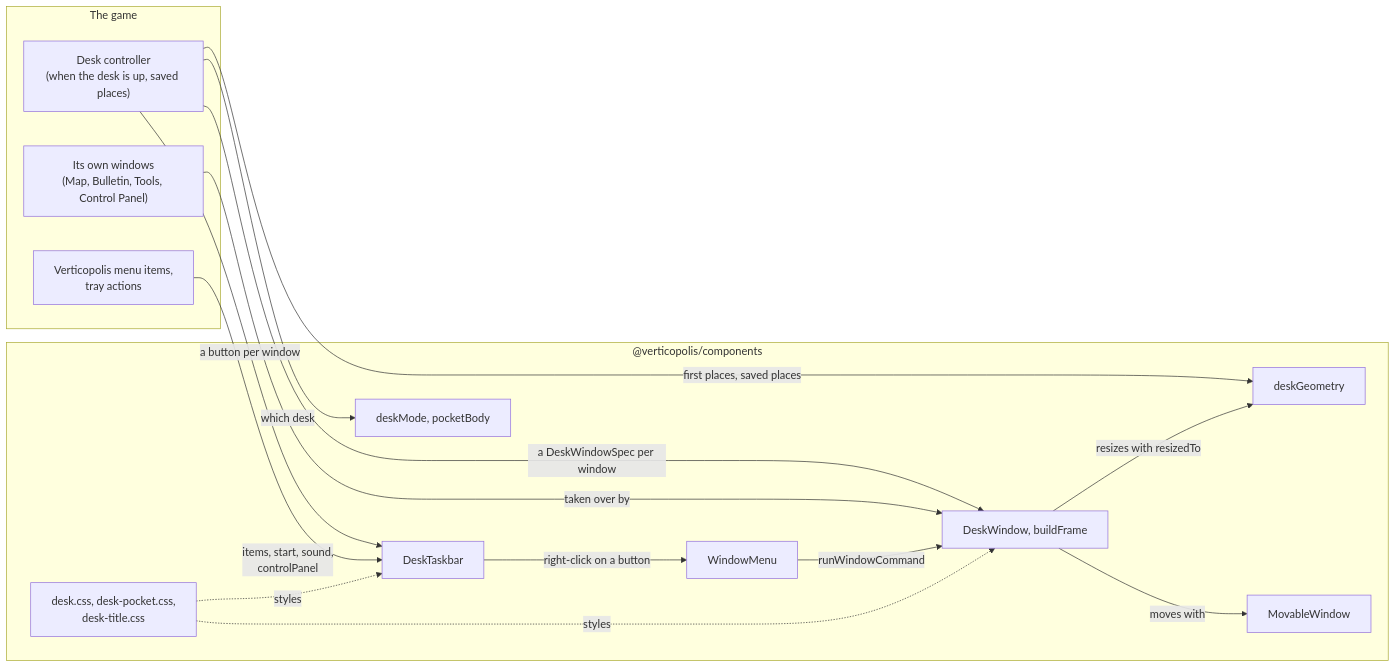
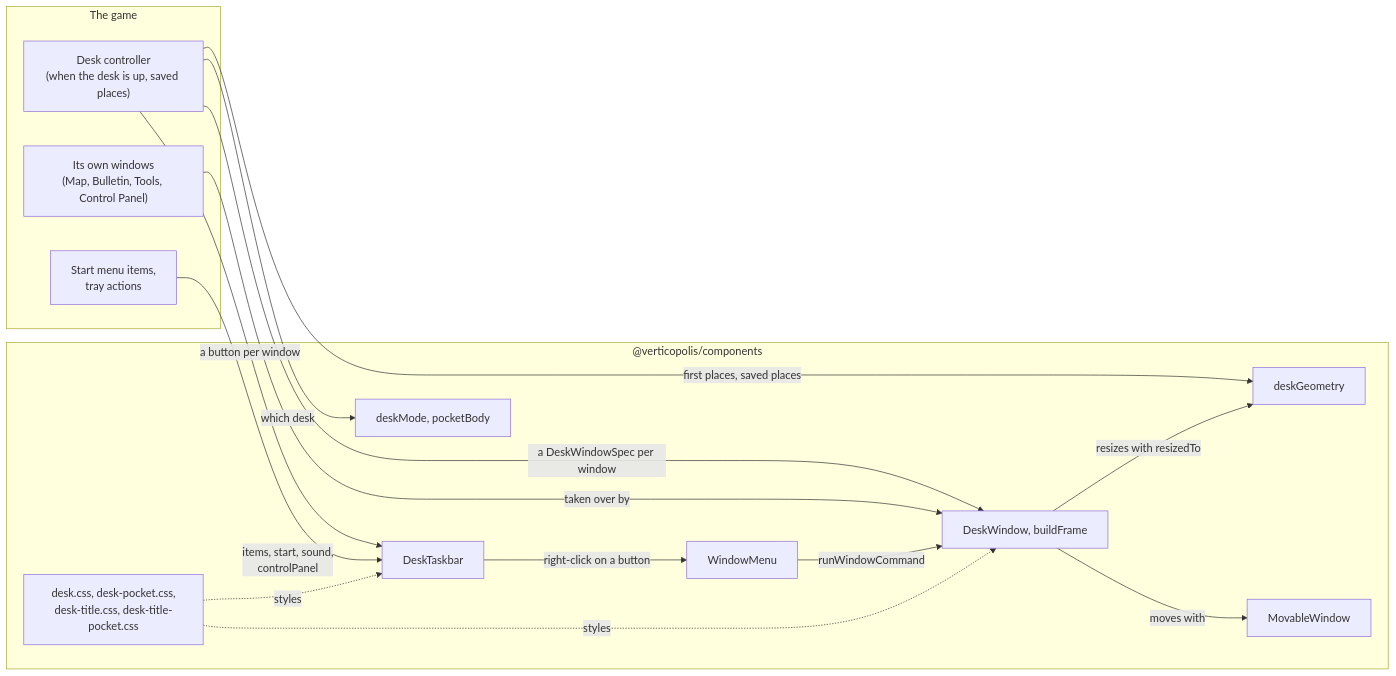
Before and after one commit to Verticopolis/components: the first of 3 diagrams in docs/desk.md, drawn with Mermaid. The commit also changed other lines of this file and 33 other files, not shown here.

First line of the commit message:
Put the title screen on the pocket desk and label the Start button Start

````diff
--- a/docs/desk.md
+++ b/docs/desk.md
@@ -35,29 +36,29 @@
 ```mermaid
 flowchart LR
   subgraph Game["The game"]
     Controller["Desk controller<br/>(when the desk is up, saved places)"]
-    Items["Verticopolis menu items,<br/>tray actions"]
+    Items["Start menu items,<br/>tray actions"]
     Own["Its own windows<br/>(Map, Bulletin, Tools, Control Panel)"]
   end
   subgraph Package["@verticopolis/components"]
     Taskbar["DeskTaskbar"]
     Pocket["deskMode, pocketBody"]
     DW["DeskWindow, buildFrame"]
     WM["WindowMenu"]
     Geo["deskGeometry"]
     Mover["MovableWindow"]
-    CSS["desk.css, desk-pocket.css,<br/>desk-title.css"]
+    CSS["desk.css, desk-pocket.css,<br/>desk-title.css, desk-title-pocket.css"]
   end
   Controller -->|"which desk"| Pocket
   Controller -->|"a button per window"| Taskbar
   Items -->|"items, start, sound,<br/>controlPanel"| Taskbar
   Controller -->|"a DeskWindowSpec per window"| DW
   Controller -->|"first places, saved places"| Geo
   Own -->|"taken over by"| DW
   Taskbar -->|"right-click on a button"| WM
   WM -->|"runWindowCommand"| DW
   DW -->|"moves with"| Mover
   DW -->|"resizes with resizedTo"| Geo
   CSS -.->|"styles"| DW
   CSS -.->|"styles"| Taskbar
 ```
````
